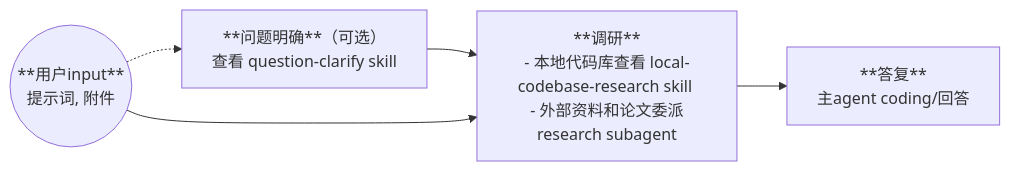
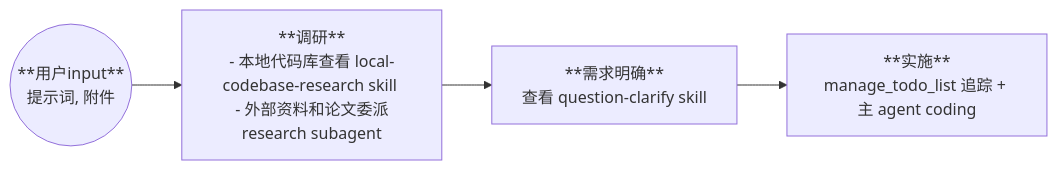
The diagram in workflows/question-consult.md (riemac/vibe), drawn with Mermaid before and after one commit. The commit also changed other lines of this file and 7 other files, not shown here.

Commit message:
feat: 新增 Coding 和 General subagent，优化科研工作流程 fix: 更新注释规范，增加科研约定内容 refactor: 精简本地代码库调研技能描述，优化使用说明

````diff
--- a/workflows/question-consult.md
+++ b/workflows/question-consult.md
@@ -9,7 +9,6 @@
 ```mermaid
 graph LR
-    A((**用户input**<br>提示词, 附件)) -.-> B[**问题明确**（可选）<br>查看 question-clarify skill]
-    B --> C[**调研**<br>- 本地代码库查看 local-codebase-research skill <br> - 外部资料和论文委派 research subagent]
-    C --> D[**答复**<br>主agent coding/回答]
-    A --> C
+    A((**用户input**<br>提示词, 附件)) --> B[**调研**<br>- 本地代码库查看 local-codebase-research skill <br> - 外部资料和论文委派 research subagent]
+    B --> C[**需求明确**<br>查看 question-clarify skill]
+    C --> D[**实施**<br>manage_todo_list 追踪 + 主 agent coding]
 ```
````
